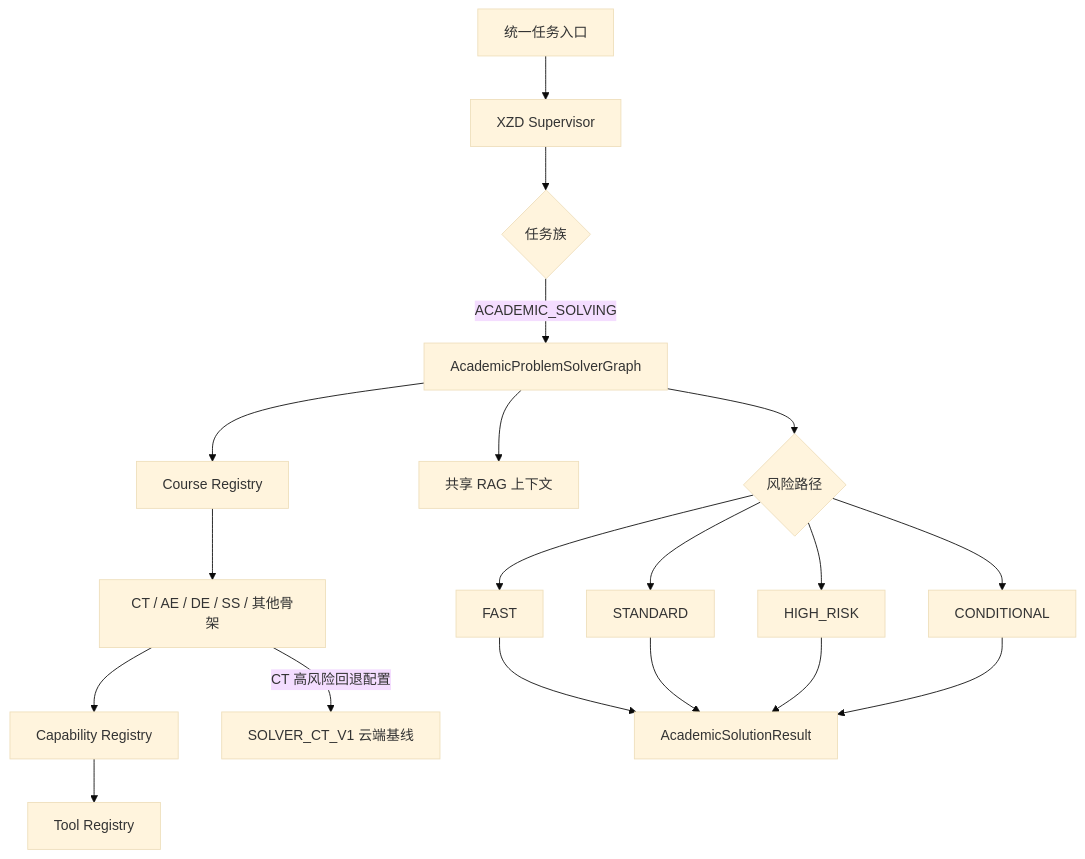
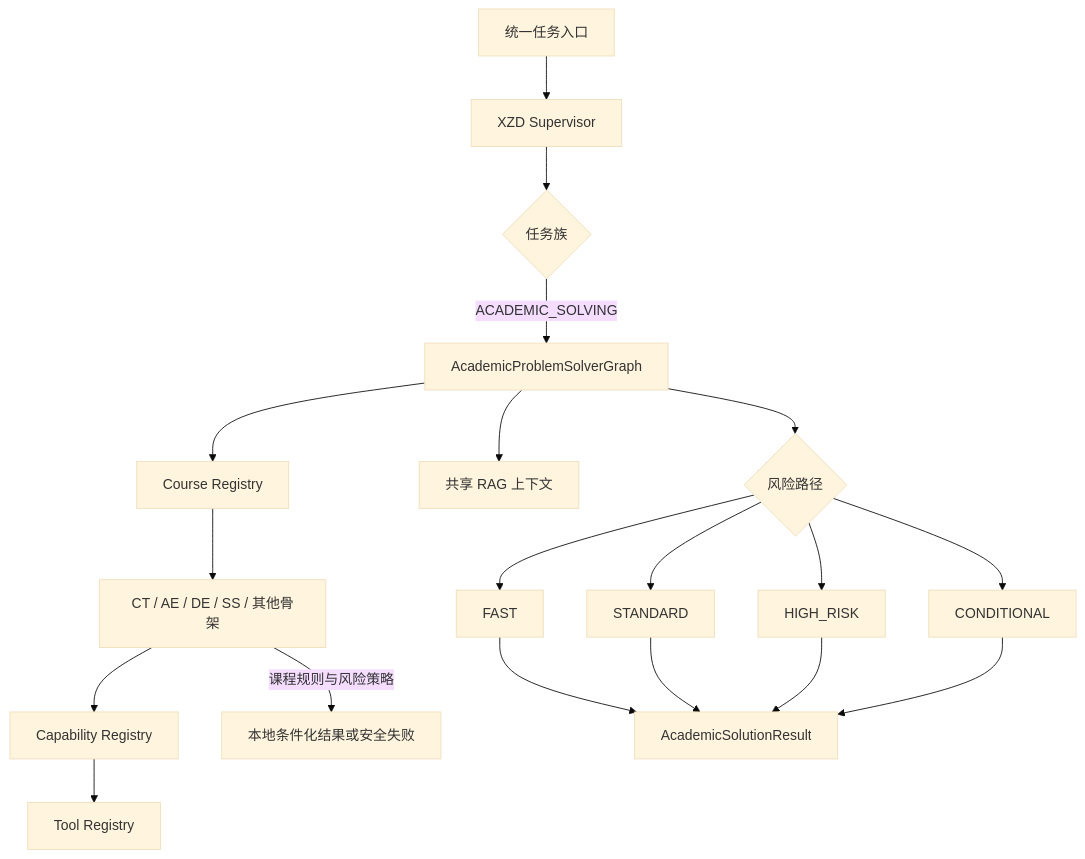
Before and after one commit to liaozhiyang-0/xinzhi-daoxue: the diagram in docs/universal_academic_solver.md, drawn with Mermaid (base theme). The commit also changed other lines of this file and 545 other files, not shown here.

````diff
--- a/docs/universal_academic_solver.md
+++ b/docs/universal_academic_solver.md
@@ -5,21 +5,21 @@
 ```mermaid
 flowchart TD
     A[统一任务入口] --> B[XZD Supervisor]
     B --> C{任务族}
     C -->|ACADEMIC_SOLVING| D[AcademicProblemSolverGraph]
     D --> E[Course Registry]
     E --> F[CT / AE / DE / SS / 其他骨架]
     F --> G[Capability Registry]
     G --> H[Tool Registry]
     D --> I[共享 RAG 上下文]
     D --> J{风险路径}
     J --> K[FAST]
     J --> L[STANDARD]
     J --> M[HIGH_RISK]
     J --> N[CONDITIONAL]
-    F -->|CT 高风险回退配置| O[SOLVER_CT_V1 云端基线]
+    F -->|课程规则与风险策略| O[本地条件化结果或安全失败]
     K --> P[AcademicSolutionResult]
     L --> P
     M --> P
     N --> P
 ```
````
